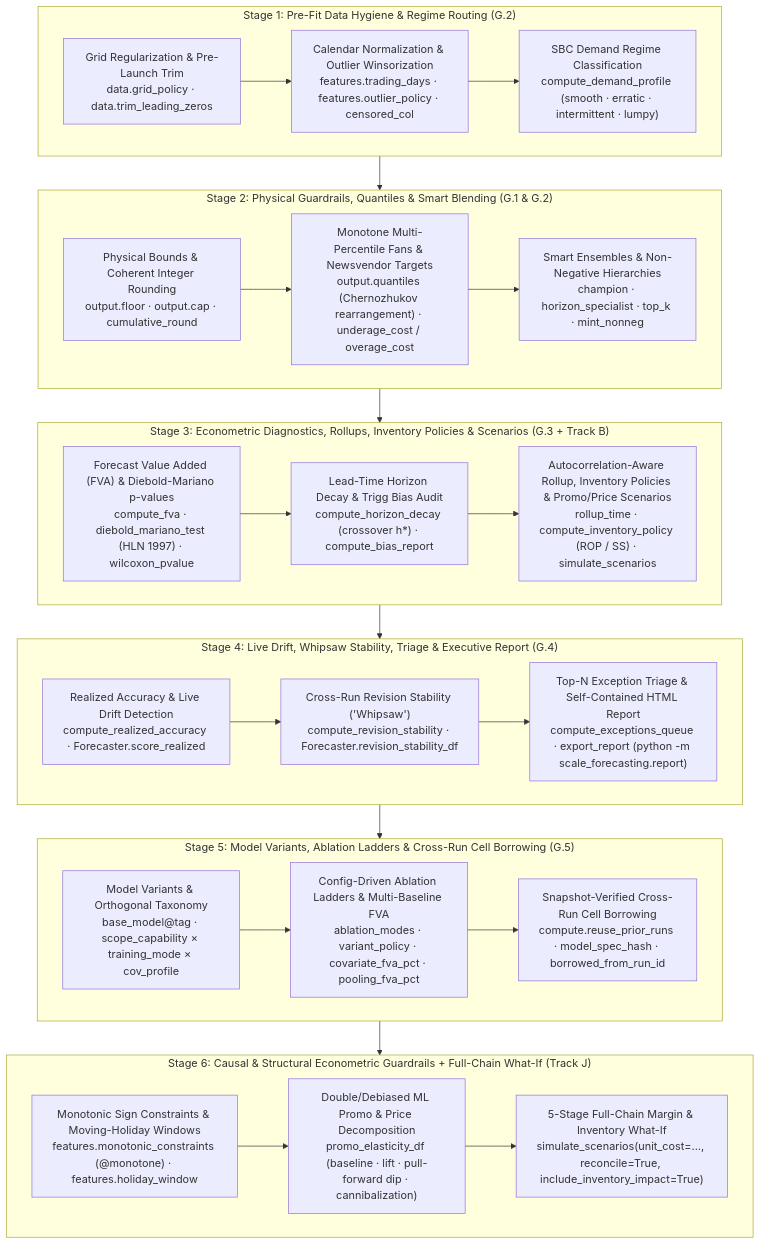
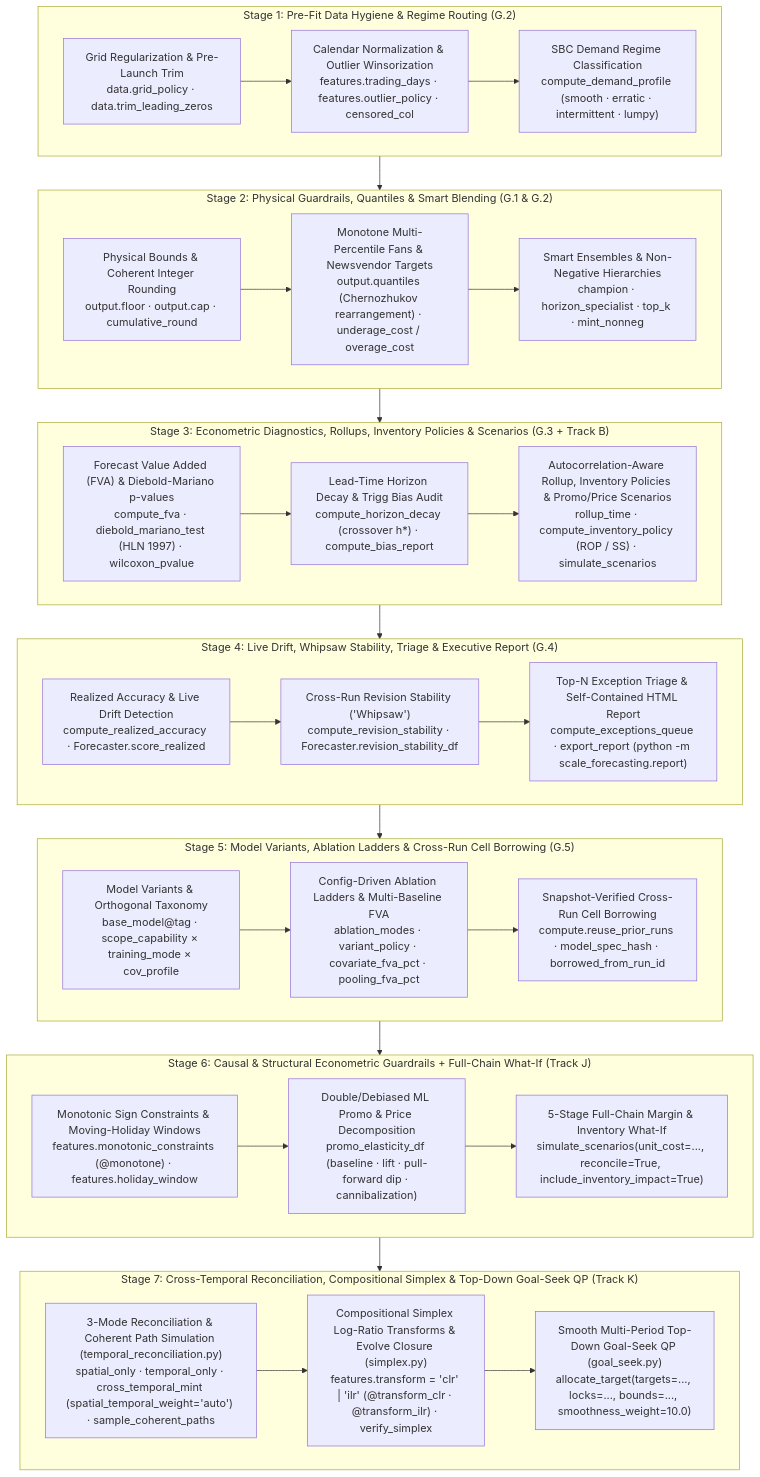
The first of 3 diagrams in docs/forecaster_workbench.md (statmike/scale-forecasting), drawn with Mermaid before and after one commit. The commit also changed other lines of this file and 45 other files, not shown here.

````diff
--- a/docs/forecaster_workbench.md
+++ b/docs/forecaster_workbench.md
@@ -5,46 +5,53 @@
 ```mermaid
 flowchart TD
     subgraph S1["Stage 1: Pre-Fit Data Hygiene & Regime Routing (G.2)"]
         H1["Grid Regularization & Pre-Launch Trim<br/>data.grid_policy · data.trim_leading_zeros"]
         H2["Calendar Normalization & Outlier Winsorization<br/>features.trading_days · features.outlier_policy · censored_col"]
         H3["SBC Demand Regime Classification<br/>compute_demand_profile (smooth · erratic · intermittent · lumpy)"]
         H1 --> H2 --> H3
     end
 
     subgraph S2["Stage 2: Physical Guardrails, Quantiles & Smart Blending (G.1 & G.2)"]
         B1["Physical Bounds & Coherent Integer Rounding<br/>output.floor · output.cap · cumulative_round"]
         B2["Monotone Multi-Percentile Fans & Newsvendor Targets<br/>output.quantiles (Chernozhukov rearrangement) · underage_cost / overage_cost"]
         B3["Smart Ensembles & Non-Negative Hierarchies<br/>champion · horizon_specialist · top_k · mint_nonneg"]
         B1 --> B2 --> B3
     end
 
     subgraph S3["Stage 3: Econometric Diagnostics, Rollups, Inventory Policies & Scenarios (G.3 + Track B)"]
         D1["Forecast Value Added (FVA) & Diebold-Mariano p-values<br/>compute_fva · diebold_mariano_test (HLN 1997) · wilcoxon_pvalue"]
         D2["Lead-Time Horizon Decay & Trigg Bias Audit<br/>compute_horizon_decay (crossover h*) · compute_bias_report"]
         D3["Autocorrelation-Aware Rollup, Inventory Policies & Promo/Price Scenarios<br/>rollup_time · compute_inventory_policy (ROP / SS) · simulate_scenarios"]
         D1 --> D2 --> D3
     end
 
     subgraph S4["Stage 4: Live Drift, Whipsaw Stability, Triage & Executive Report (G.4)"]
         L1["Realized Accuracy & Live Drift Detection<br/>compute_realized_accuracy · Forecaster.score_realized"]
         L2["Cross-Run Revision Stability ('Whipsaw')<br/>compute_revision_stability · Forecaster.revision_stability_df"]
         L3["Top-N Exception Triage & Self-Contained HTML Report<br/>compute_exceptions_queue · export_report (python -m scale_forecasting.report)"]
         L1 --> L2 --> L3
     end
 
     subgraph S5["Stage 5: Model Variants, Ablation Ladders & Cross-Run Cell Borrowing (G.5)"]
         V1["Model Variants & Orthogonal Taxonomy<br/>base_model@tag · scope_capability × training_mode × cov_profile"]
         V2["Config-Driven Ablation Ladders & Multi-Baseline FVA<br/>ablation_modes · variant_policy · covariate_fva_pct · pooling_fva_pct"]
         V3["Snapshot-Verified Cross-Run Cell Borrowing<br/>compute.reuse_prior_runs · model_spec_hash · borrowed_from_run_id"]
         V1 --> V2 --> V3
     end
 
     subgraph S6["Stage 6: Causal & Structural Econometric Guardrails + Full-Chain What-If (Track J)"]
         J1["Monotonic Sign Constraints & Moving-Holiday Windows<br/>features.monotonic_constraints (@monotone) · features.holiday_window"]
         J2["Double/Debiased ML Promo & Price Decomposition<br/>promo_elasticity_df (baseline · lift · pull-forward dip · cannibalization)"]
         J3["5-Stage Full-Chain Margin & Inventory What-If<br/>simulate_scenarios(unit_cost=..., reconcile=True, include_inventory_impact=True)"]
         J1 --> J2 --> J3
     end
 
-    S1 --> S2 --> S3 --> S4 --> S5 --> S6
+    subgraph S7["Stage 7: Cross-Temporal Reconciliation, Compositional Simplex & Top-Down Goal-Seek QP (Track K)"]
+        K1["3-Mode Reconciliation & Coherent Path Simulation (temporal_reconciliation.py)<br/>spatial_only · temporal_only · cross_temporal_mint (spatial_temporal_weight='auto') · sample_coherent_paths"]
+        K2["Compositional Simplex Log-Ratio Transforms & Evolve Closure (simplex.py)<br/>features.transform = 'clr' | 'ilr' (@transform_clr · @transform_ilr) · verify_simplex"]
+        K3["Smooth Multi-Period Top-Down Goal-Seek QP (goal_seek.py)<br/>allocate_target(targets=..., locks=..., bounds=..., smoothness_weight=10.0)"]
+        K1 --> K2 --> K3
+    end
+
+    S1 --> S2 --> S3 --> S4 --> S5 --> S6 --> S7
 ```
````
